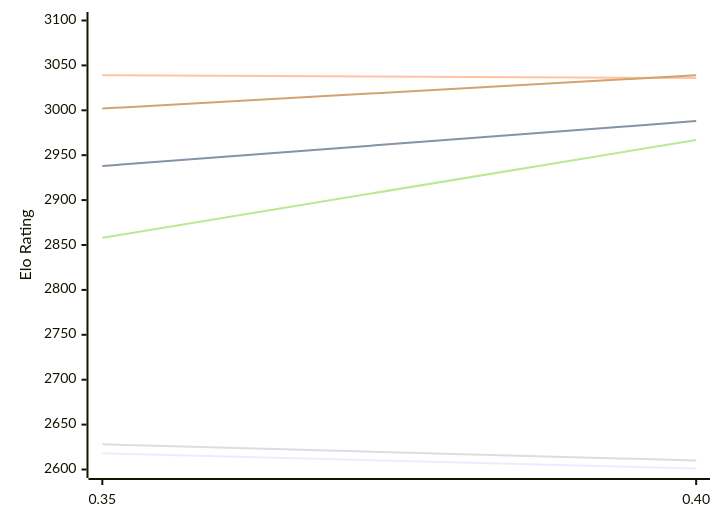
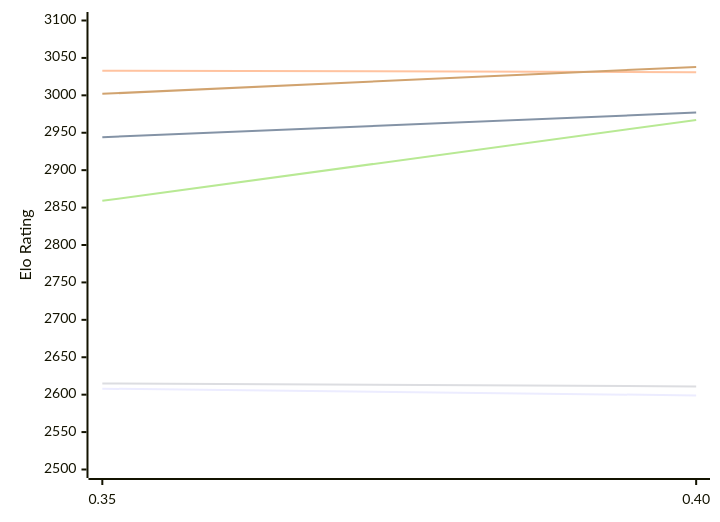
The first of 2 diagrams in engines/Gecko.md (computer-chess-index/cci), drawn with Mermaid before and after one commit. The commit also changed other lines of this file, not shown here.

Commit message:
Update CCI Ratings (ELO VLTC) - 2026-11-26

````diff
--- a/engines/Gecko.md
+++ b/engines/Gecko.md
@@ -54,12 +54,12 @@
 ```mermaid
 %%{init: {"theme":"base","themeVariables":{"seriesColors:['#a3a3a3','#222221','#faa371']}}}%%
 xychart-beta
   x-axis ["0.35", "0.40"]
-  y-axis "Elo Rating" 2600 --> 3100
-  line "E1: STC (8.0+0.08s)" [2618, 2601]
-  line "E1: LTC (60.0+0.60s)" [2938, 2988]
-  line "E1: VLTC (2m24s+1.12s)" [3039, 3036]
-  line "P1: STC (8.0+0.08s)" [2628, 2610]
-  line "P1: LTC (60.0+0.60s)" [2858, 2967]
-  line "P1: VLTC (2m24s+1.12s)" [3002, 3039]
+  y-axis "Elo Rating" 2500 --> 3100
+  line "E1: STC (8.0+0.08s)" [2608, 2599]
+  line "E1: LTC (60.0+0.60s)" [2944, 2977]
+  line "E1: VLTC (2m24s+1.12s)" [3033, 3031]
+  line "P1: STC (8.0+0.08s)" [2615, 2611]
+  line "P1: LTC (60.0+0.60s)" [2859, 2967]
+  line "P1: VLTC (2m24s+1.12s)" [3002, 3038]
 ```
````
